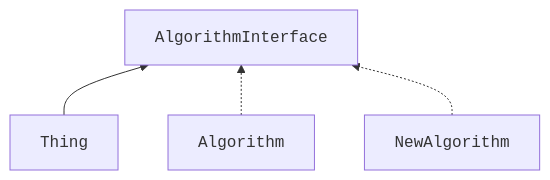
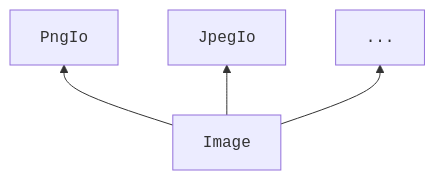
The third of 5 diagrams in lectures/inheritance.md (cpp-for-yourself/lectures-and-homeworks), drawn with Mermaid before and after one commit. The commit also changed other lines of this file, not shown here.

````diff
--- a/lectures/inheritance.md
+++ b/lectures/inheritance.md
@@ -74,6 +145,6 @@
 ```mermaid
 graph BT
-  A[<code>Thing</code>] --> I[<code>AlgorithmInterface</code>]
-  B[<code>Algorithm</code>] -.-> I[<code>AlgorithmInterface</code>]
-  C[<code>NewAlgorithm</code>] -.-> I[<code>AlgorithmInterface</code>]
+  A[<code>Image</code>] --> B[<code>PngIo</code>]
+  A[<code>Image</code>] --> C[<code>JpegIo</code>]
+  A[<code>Image</code>] --> D[<code>...</code>]
 ```
````
